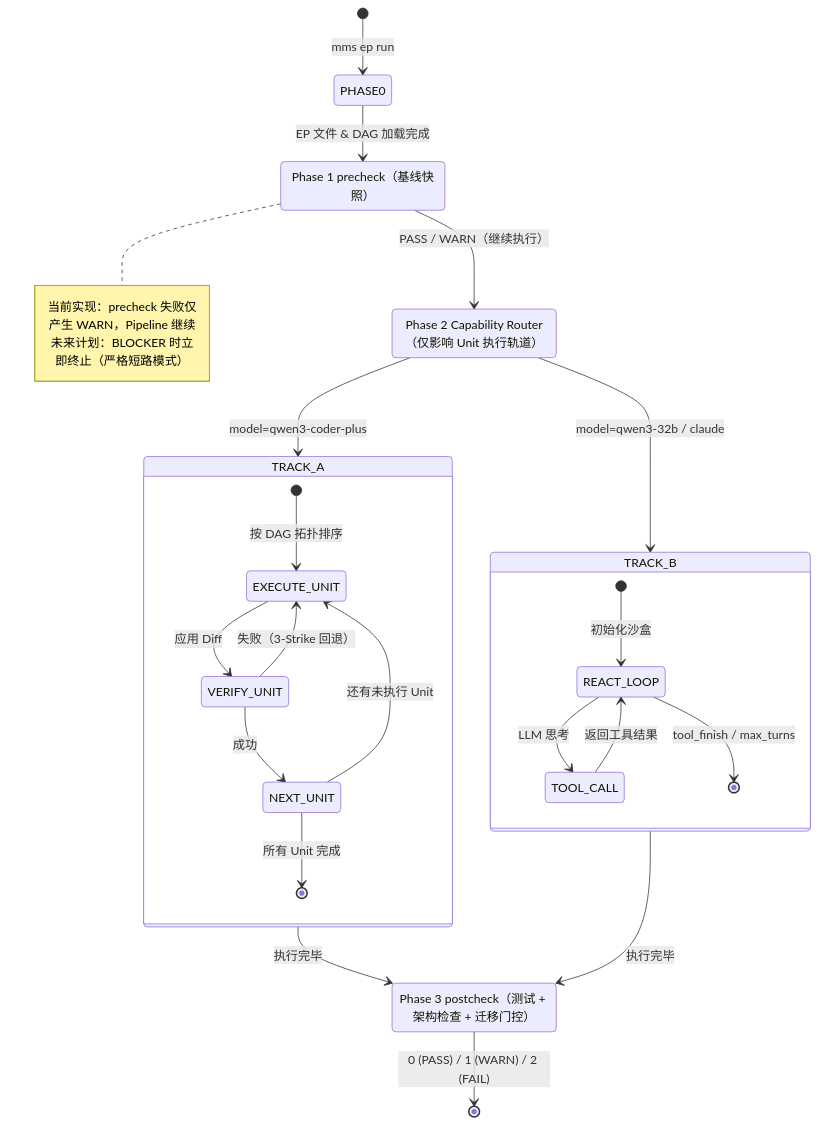
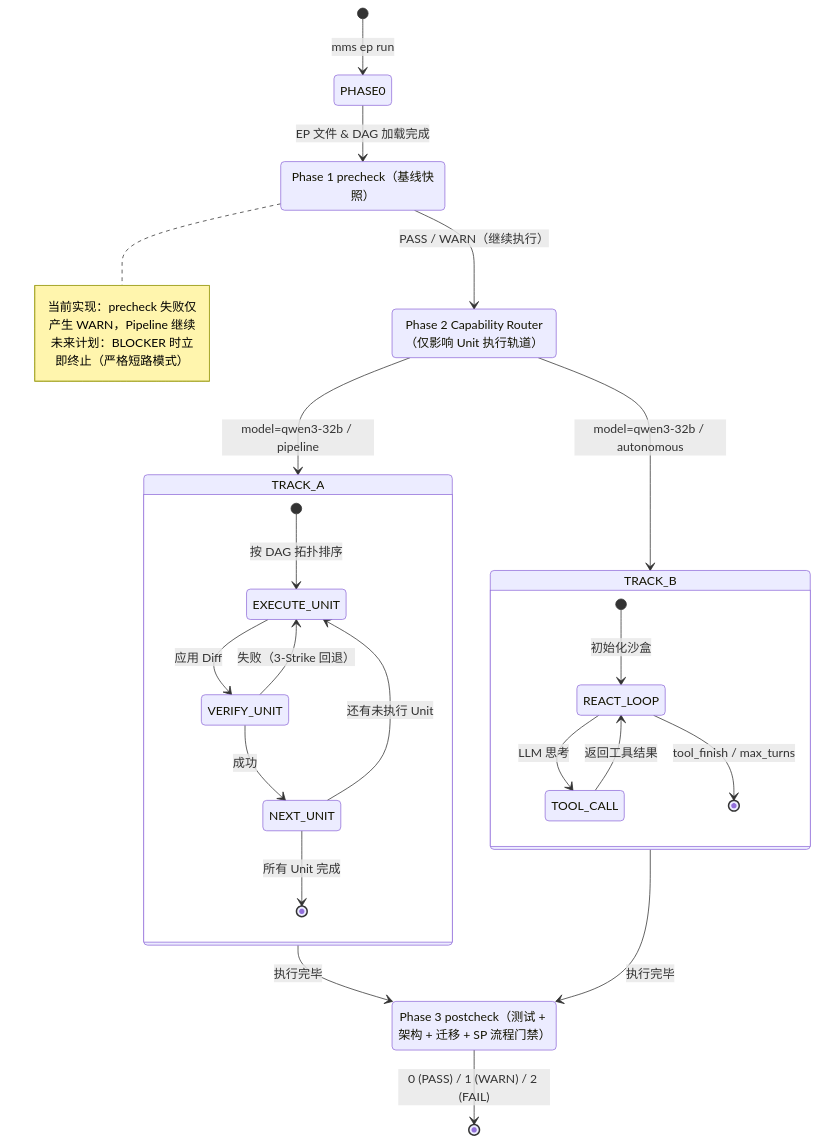
Before and after one commit to allengaoo/mms: the diagram in src/mms/workflow/workflow_readme.md, drawn with Mermaid. The commit also changed other lines of this file and 11 other files, not shown here.

````diff
--- a/src/mms/workflow/workflow_readme.md
+++ b/src/mms/workflow/workflow_readme.md
@@ -98,38 +102,38 @@
 ```mermaid
 stateDiagram-v2
     [*] --> PHASE0: mms ep run
     PHASE0 --> PHASE1: EP 文件 & DAG 加载完成
 
     PHASE1: Phase 1 precheck（基线快照）
     PHASE1 --> ROUTER: PASS / WARN（继续执行）
     note right of PHASE1
         当前实现：precheck 失败仅产生 WARN，Pipeline 继续
         未来计划：BLOCKER 时立即终止（严格短路模式）
     end note
 
     ROUTER: Phase 2 Capability Router（仅影响 Unit 执行轨道）
-    ROUTER --> TRACK_A: model=qwen3-coder-plus
-    ROUTER --> TRACK_B: model=qwen3-32b / claude
+    ROUTER --> TRACK_A: model=qwen3-32b / pipeline
+    ROUTER --> TRACK_B: model=qwen3-32b / autonomous
 
     state TRACK_A {
         [*] --> EXECUTE_UNIT: 按 DAG 拓扑排序
         EXECUTE_UNIT --> VERIFY_UNIT: 应用 Diff
         VERIFY_UNIT --> EXECUTE_UNIT: 失败（3-Strike 回退）
         VERIFY_UNIT --> NEXT_UNIT: 成功
         NEXT_UNIT --> EXECUTE_UNIT: 还有未执行 Unit
         NEXT_UNIT --> [*]: 所有 Unit 完成
     }
 
     state TRACK_B {
         [*] --> REACT_LOOP: 初始化沙盒
         REACT_LOOP --> TOOL_CALL: LLM 思考
         TOOL_CALL --> REACT_LOOP: 返回工具结果
         REACT_LOOP --> [*]: tool_finish / max_turns
     }
 
     TRACK_A --> PHASE3: 执行完毕
     TRACK_B --> PHASE3: 执行完毕
 
-    PHASE3: Phase 3 postcheck（测试 + 架构检查 + 迁移门控）
+    PHASE3: Phase 3 postcheck（测试 + 架构 + 迁移 + SP 流程门禁）
     PHASE3 --> [*]: 0 (PASS) / 1 (WARN) / 2 (FAIL)
 ```
````
